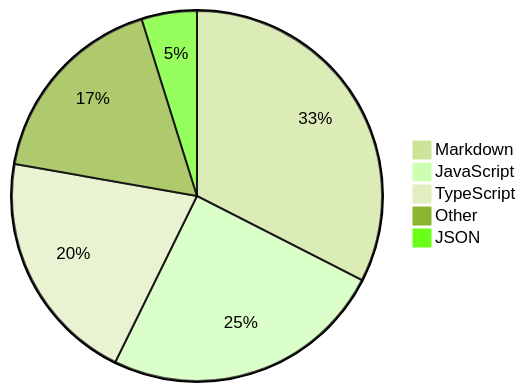
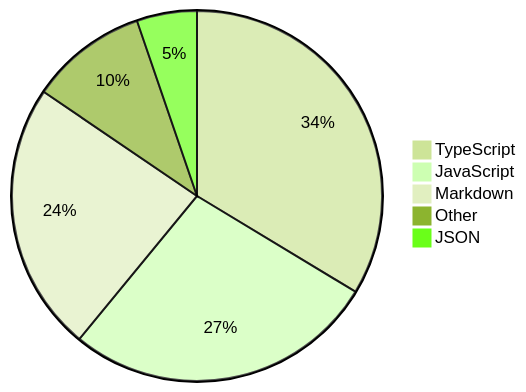
One commit to Alicia111/alicia111 changed the diagram in README.md. Above: the diagram before and after it, drawn with Mermaid (forest theme).

Commit message:
Update WakaTime stats (・ω・)b

````diff
--- a/README.md
+++ b/README.md
@@ -32,8 +32,8 @@
 ```mermaid
 pie
-    "Markdown" : 27.48
-    "JavaScript" : 20.94
-    "TypeScript" : 17.33
-    "Other" : 14.71
-    "JSON" : 4.08
+    "TypeScript" : 30.49
+    "JavaScript" : 24.74
+    "Markdown" : 21.34
+    "Other" : 9.28
+    "JSON" : 4.76
 ```
````
